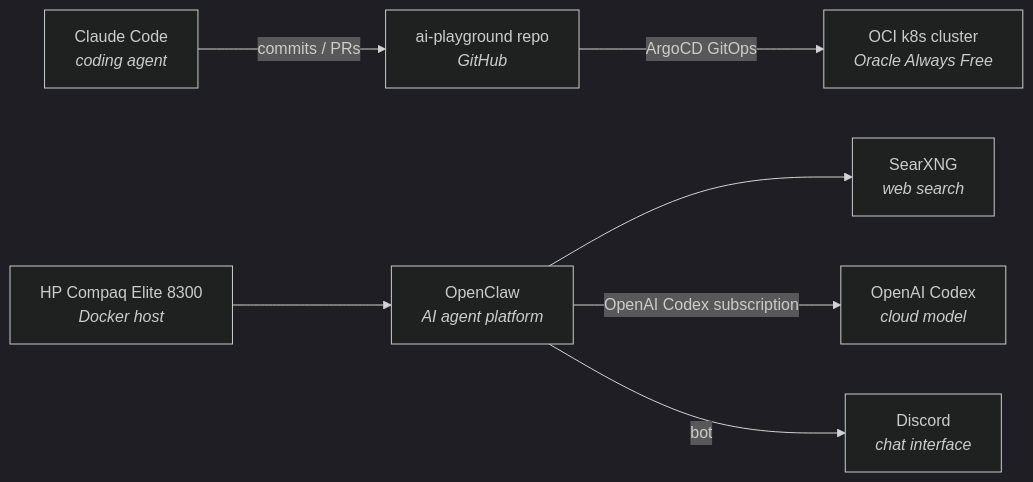
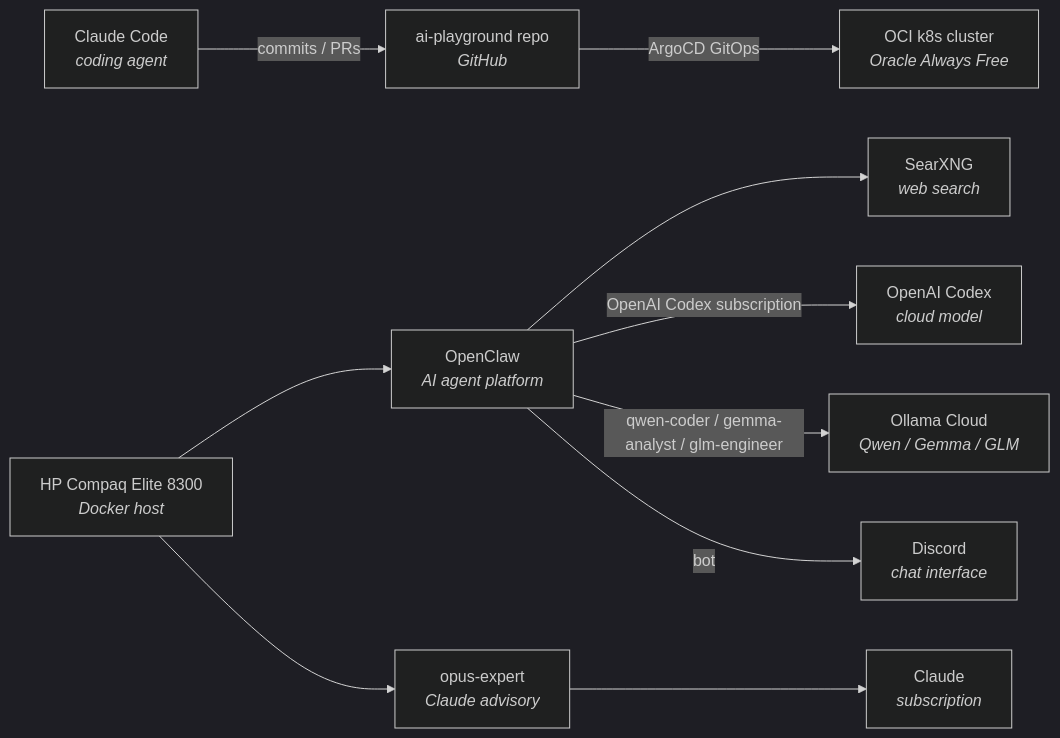
The diagram in homelab/README.md (maslankalm/ai-playground), drawn with Mermaid (dark theme) before and after one commit. The commit also changed other lines of this file and 1 other file, not shown here.

Commit message:
homelab: add Ollama delegates, merge 04-21 entries, sync README

````diff
--- a/homelab/README.md
+++ b/homelab/README.md
@@ -11,18 +11,24 @@
 ```mermaid
 graph LR
     CC["Claude Code<br/><i>coding agent</i>"]
     REPO["ai-playground repo<br/><i>GitHub</i>"]
     K8S["OCI k8s cluster<br/><i>Oracle Always Free</i>"]
     HP["HP Compaq Elite 8300<br/><i>Docker host</i>"]
     OC["OpenClaw<br/><i>AI agent platform</i>"]
+    OE["opus-expert<br/><i>Claude advisory</i>"]
     SX["SearXNG<br/><i>web search</i>"]
     OPENAI["OpenAI Codex<br/><i>cloud model</i>"]
+    OLLAMA["Ollama Cloud<br/><i>Qwen / Gemma / GLM</i>"]
+    CLAUDE["Claude<br/><i>subscription</i>"]
     DISCORD["Discord<br/><i>chat interface</i>"]
 
     CC -->|commits / PRs| REPO
     REPO -->|ArgoCD GitOps| K8S
     HP --> OC
+    HP --> OE
     OC --> SX
     OC -->|OpenAI Codex subscription| OPENAI
+    OC -->|qwen-coder / gemma-analyst / glm-engineer| OLLAMA
     OC -->|bot| DISCORD
+    OE --> CLAUDE
 ```
````
